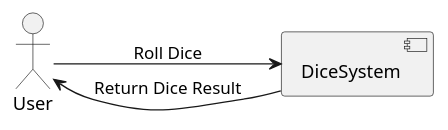
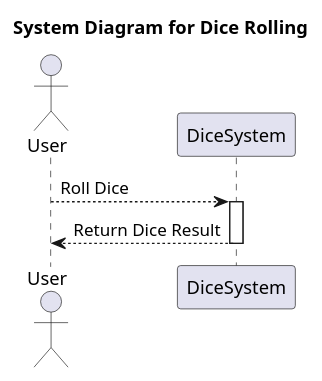
Before and after one commit to MrNegnar/DnDModule: the diagram in diagrams/systemDiagramDice.puml, drawn with PlantUML.

Commit message:
Initial system diagram of rolling dice

```diff
--- a/diagrams/systemDiagramDice.puml
+++ b/diagrams/systemDiagramDice.puml
@@ -1,12 +1,13 @@
 @startuml systemDiagramDice
-
-left to right direction
+Title System Diagram for Dice Rolling
 
 actor User
-component DiceSystem
+participant DiceSystem
 
 User --> DiceSystem : Roll Dice
+activate DiceSystem
 DiceSystem --> User : Return Dice Result
+deactivate DiceSystem
 
 
 @enduml
```
